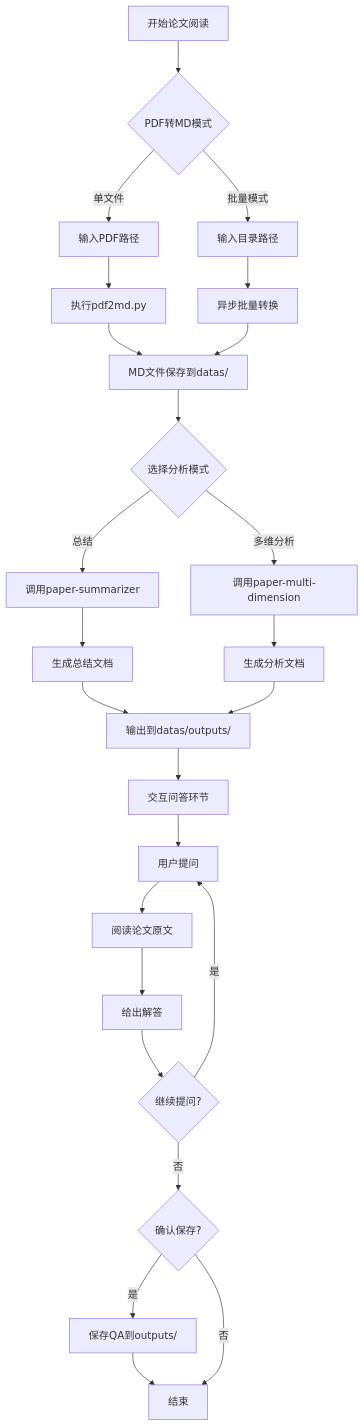
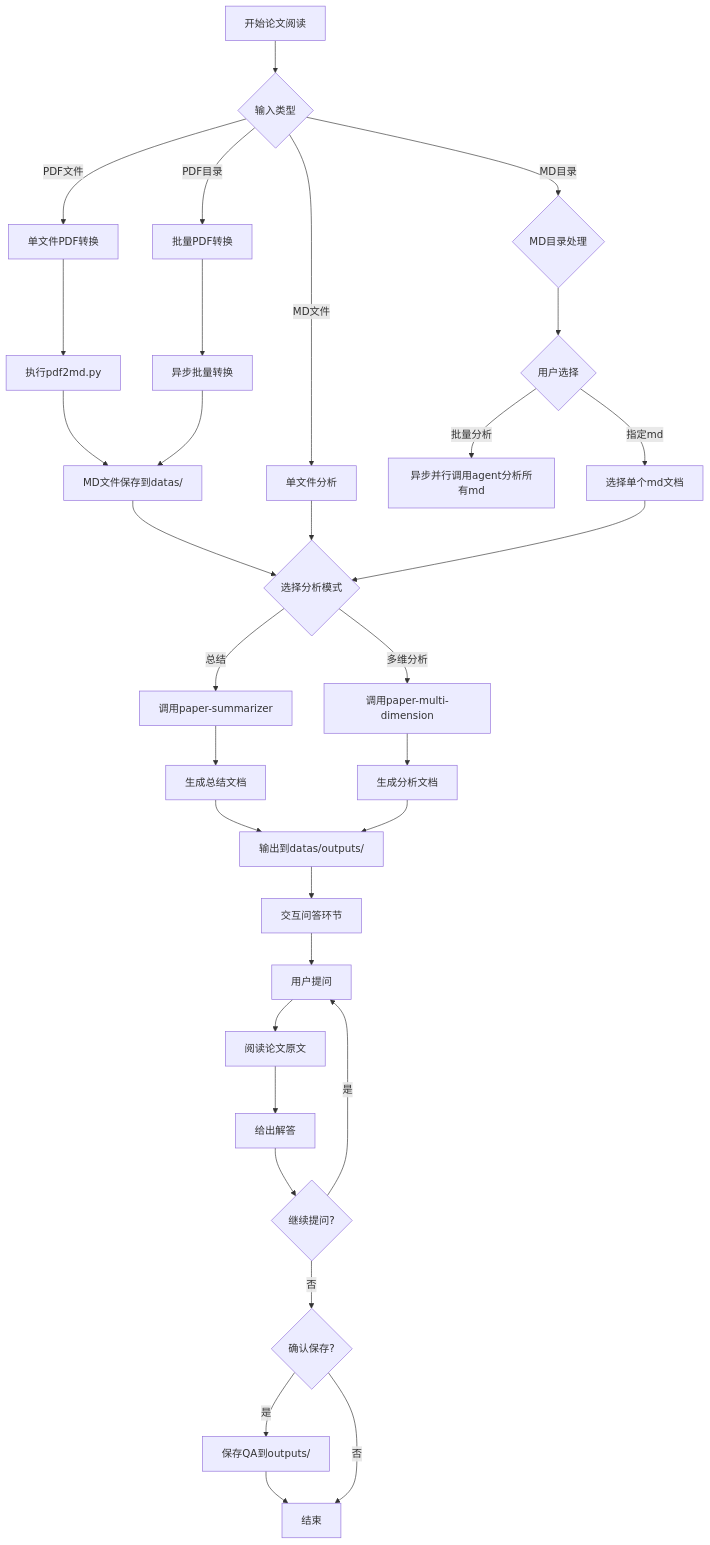
One commit to xulei-shl/skills-learning-practice changed the diagram in .claude/skills/paper-reader/SKILL.md. Above: the diagram before and after it, drawn with Mermaid. The commit also changed other lines of this file and 9 other files, not shown here.

````diff
--- a/.claude/skills/paper-reader/SKILL.md
+++ b/.claude/skills/paper-reader/SKILL.md
@@ -14,27 +14,34 @@
 ```mermaid
 flowchart TD
-    A[开始论文阅读] --> B{PDF转MD模式}
-    B -->|单文件| C[输入PDF路径]
-    B -->|批量模式| D[输入目录路径]
-    C --> E[执行pdf2md.py]
-    D --> F[异步批量转换]
-    E --> G[MD文件保存到datas/]
-    F --> G
-    G --> H{选择分析模式}
-    H -->|总结| I[调用paper-summarizer]
-    H -->|多维分析| J[调用paper-multi-dimension]
-    I --> K[生成总结文档]
-    J --> L[生成分析文档]
-    K --> M[输出到datas/outputs/]
+    A[开始论文阅读] --> B{输入类型}
+    B -->|PDF文件| C[单文件PDF转换]
+    B -->|PDF目录| D[批量PDF转换]
+    B -->|MD文件| E[单文件分析]
+    B -->|MD目录| F{MD目录处理}
+    C --> G[执行pdf2md.py]
+    D --> H[异步批量转换]
+    G --> I[MD文件保存到datas/]
+    H --> I
+    F --> J{用户选择}
+    J -->|批量分析| K[异步并行调用agent分析所有md]
+    J -->|指定md| L[选择单个md文档]
+    I --> M{选择分析模式}
+    E --> M
     L --> M
-    M --> N[交互问答环节]
-    N --> O[用户提问]
-    O --> P[阅读论文原文]
-    P --> Q[给出解答]
-    Q --> R{继续提问?}
-    R -->|是| O
-    R -->|否| S{确认保存?}
-    S -->|是| T[保存QA到outputs/]
-    T --> U[结束]
-    S -->|否| U
+    M -->|总结| N[调用paper-summarizer]
+    M -->|多维分析| O[调用paper-multi-dimension]
+    N --> P[生成总结文档]
+    O --> Q[生成分析文档]
+    P --> R[输出到datas/outputs/]
+    Q --> R
+    R --> S[交互问答环节]
+    S --> T[用户提问]
+    T --> U[阅读论文原文]
+    U --> V[给出解答]
+    V --> W{继续提问?}
+    W -->|是| T
+    W -->|否| X{确认保存?}
+    X -->|是| Y[保存QA到outputs/]
+    Y --> Z[结束]
+    X -->|否| Z
 ```
````
